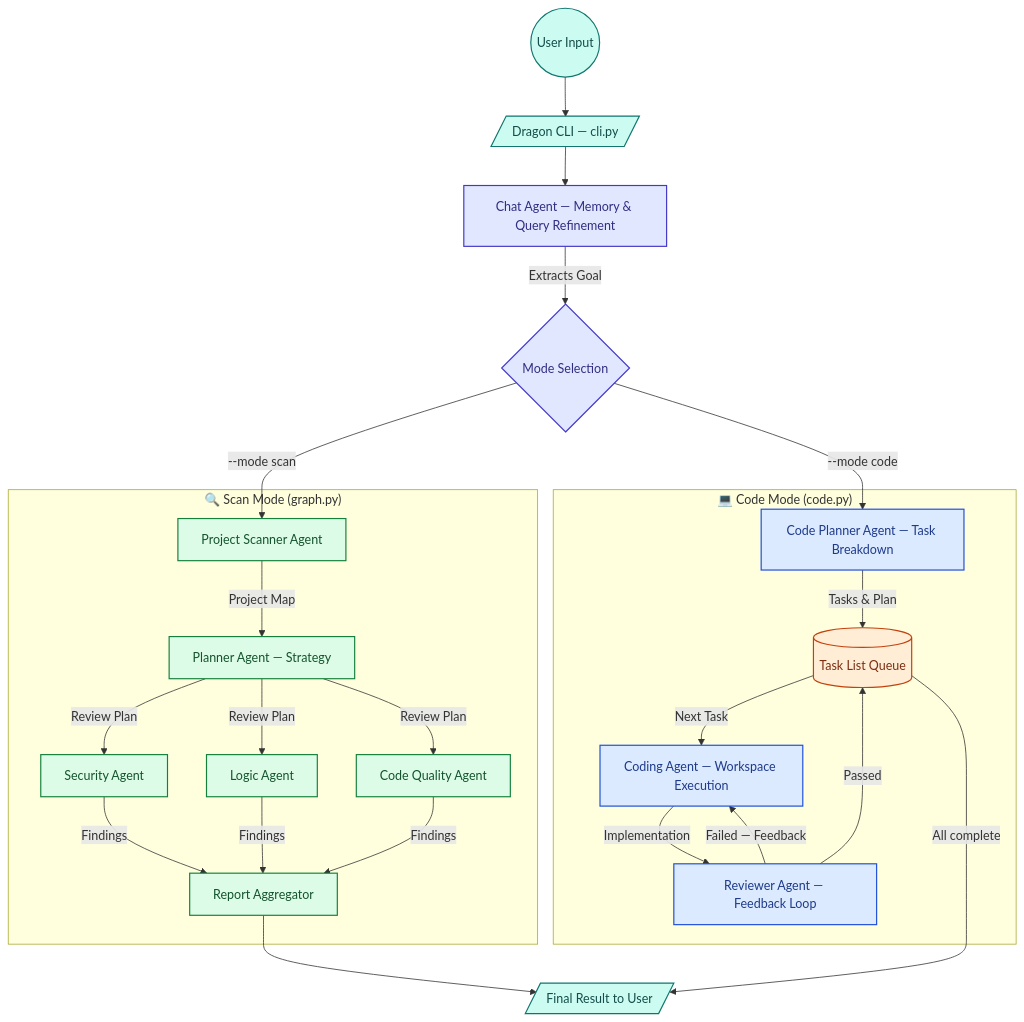
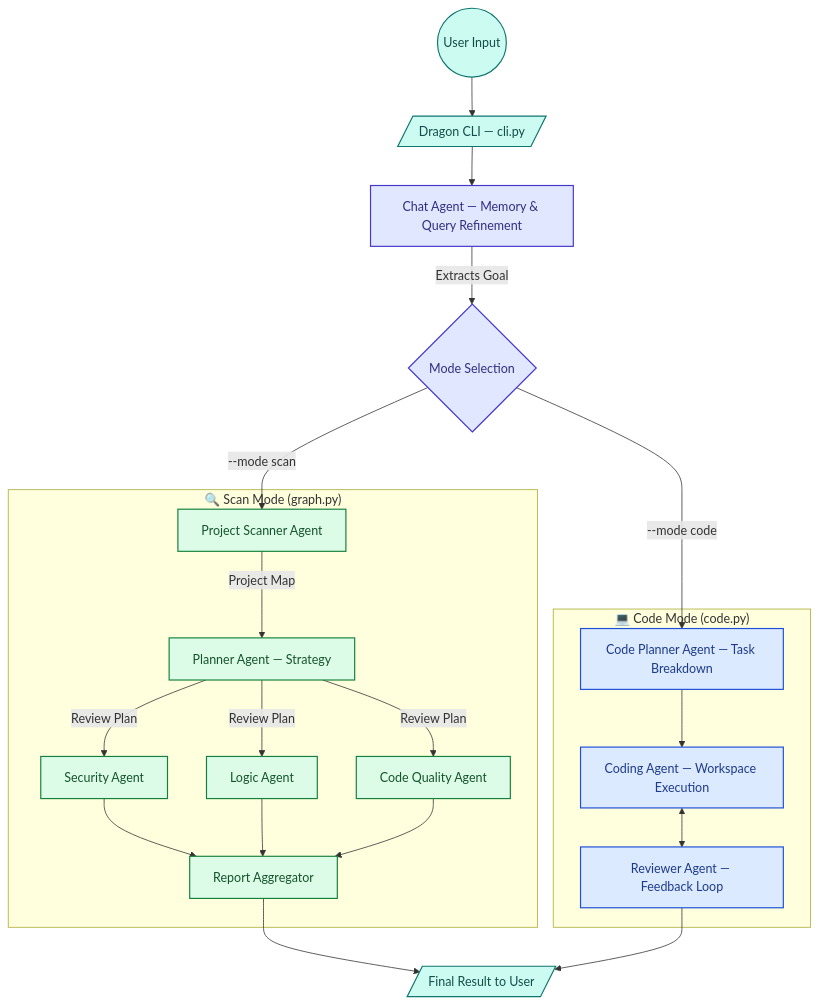
Before and after one commit to Yash-vs9/CodeGuard: the first of 3 diagrams in README.md, drawn with Mermaid. The commit also changed other lines of this file, not shown here.

````diff
--- a/README.md
+++ b/README.md
@@ -20,71 +16,66 @@
 ```mermaid
 graph TD
     %% Nodes
     CLI[/"Dragon CLI — cli.py"/]
     UserInput(("User Input"))
     
     ChatAgent["Chat Agent — Memory & Query Refinement"]
     
     ModeSwitch{"Mode Selection"}
 
     subgraph ScanGraph ["🔍 Scan Mode (graph.py)"]
         Scanner["Project Scanner Agent"]
         ScanPlanner["Planner Agent — Strategy"]
         
         Security["Security Agent"]
         Logic["Logic Agent"]
         Quality["Code Quality Agent"]
         
         Report["Report Aggregator"]
     end
 
     subgraph CodeGraph ["💻 Code Mode (code.py)"]
         CodePlanner["Code Planner Agent — Task Breakdown"]
         Coder["Coding Agent — Workspace Execution"]
         Reviewer["Reviewer Agent — Feedback Loop"]
-        Tasks[("Task List Queue")]
     end
 
     FinalOutput[/"Final Result to User"/]
 
     %% Data Flow
     UserInput --> CLI
     CLI --> ChatAgent
     ChatAgent -->|Extracts Goal| ModeSwitch
     
     ModeSwitch -->|--mode scan| Scanner
     ModeSwitch -->|--mode code| CodePlanner
 
     %% Scan Flow
     Scanner -->|Project Map| ScanPlanner
     ScanPlanner -->|Review Plan| Security
     ScanPlanner -->|Review Plan| Logic
     ScanPlanner -->|Review Plan| Quality
     
-    Security -->|Findings| Report
-    Logic -->|Findings| Report
-    Quality -->|Findings| Report
+    Security --> Report
+    Logic --> Report
+    Quality --> Report
     
     Report --> FinalOutput
 
     %% Code Flow
-    CodePlanner -->|Tasks & Plan| Tasks
-    Tasks -->|Next Task| Coder
-    Coder -->|Implementation| Reviewer
-    Reviewer -->|Failed — Feedback| Coder
-    Reviewer -->|Passed| Tasks
-    Tasks -->|All complete| FinalOutput
+    CodePlanner --> Coder
+    Coder <--> Reviewer
+    Reviewer --> FinalOutput
 
     %% Styling
     classDef io fill:#ccfbf1,stroke:#0f766e,stroke-width:1.5px,color:#134e4a;
     classDef core fill:#e0e7ff,stroke:#4338ca,stroke-width:1.5px,color:#312e81;
     classDef code_agent fill:#dbeafe,stroke:#1d4ed8,stroke-width:1.5px,color:#1e3a8a;
     classDef scan_agent fill:#dcfce7,stroke:#15803d,stroke-width:1.5px,color:#14532d;
     classDef data fill:#ffedd5,stroke:#c2410c,stroke-width:1.5px,color:#7c2d12;
 
     class UserInput,CLI,FinalOutput io;
     class ChatAgent,ModeSwitch core;
     class CodePlanner,Coder,Reviewer code_agent;
     class Scanner,ScanPlanner,Security,Logic,Quality,Report scan_agent;
-    class Tasks data;
 ```
````
